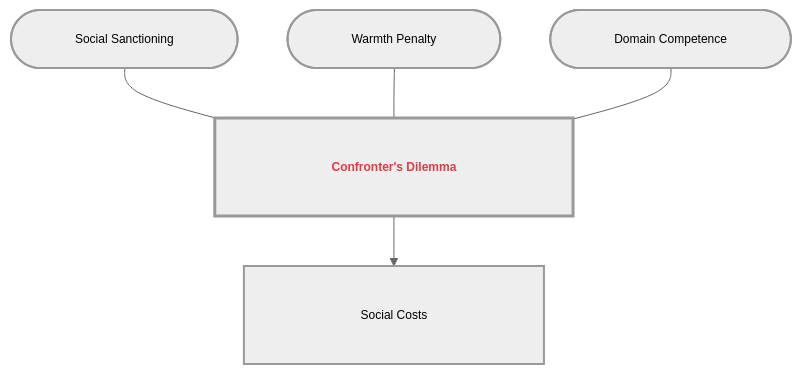
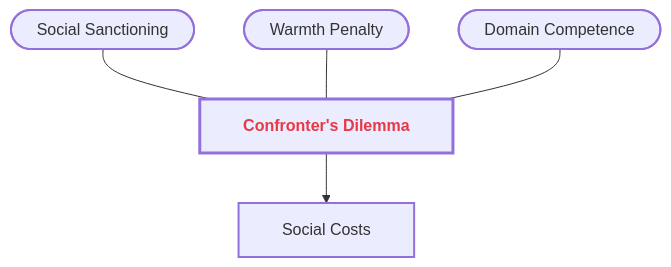
Before and after one commit to GM024/CourseSummaries: the fourth of 8 diagrams in Communication_Influence/Mastery_Guide_SOW_BS033.md, drawn with Mermaid. The commit also changed other lines of this file, not shown here.

Commit message:
GitHub Native Alignment: Synced font stack and typography for perfect clipping-free fit

````diff
--- a/Communication_Influence/Mastery_Guide_SOW_BS033.md
+++ b/Communication_Influence/Mastery_Guide_SOW_BS033.md
@@ -134,14 +138,14 @@
 ```mermaid
-%%{init: { 'flowchart': { 'padding': 40, 'useMaxWidth': false, 'htmlLabels': true }, 'theme': 'neutral', 'themeVariables': { 'fontSize': '12px' }}}%%
+%%{init: { 'flowchart': { 'padding': 20, 'nodeSpacing': 50, 'rankSpacing': 50, 'useMaxWidth': false }, 'theme': 'neutral', 'themeVariables': { 'fontSize': '14px', 'fontFamily': '-apple-system,BlinkMacSystemFont,"Segoe UI",Helvetica,Arial,sans-serif' }}}%%
 graph TD
     classDef sandbox stroke-width:2px;
     classDef hub stroke-width:3px,font-weight:bold;
 
-    Hub["&nbsp;&nbsp;&nbsp;&nbsp;&nbsp;&nbsp;&nbsp;&nbsp;&nbsp;&nbsp; <span style='color:#e63946'><b>Confronter's Dilemma</b></span> &nbsp;&nbsp;&nbsp;&nbsp;&nbsp;&nbsp;&nbsp;&nbsp;&nbsp;&nbsp;"]:::hub
+    Hub["&nbsp;&nbsp; <span style='color:#e63946'><b>Confronter's Dilemma</b></span> &nbsp;&nbsp;"]:::hub
     
-    S1(["&nbsp;&nbsp;&nbsp;&nbsp;&nbsp;&nbsp;&nbsp;&nbsp;&nbsp;&nbsp; Social Sanctioning &nbsp;&nbsp;&nbsp;&nbsp;&nbsp;&nbsp;&nbsp;&nbsp;&nbsp;&nbsp;"]):::sandbox --- Hub
-    S2(["&nbsp;&nbsp;&nbsp;&nbsp;&nbsp;&nbsp;&nbsp;&nbsp;&nbsp;&nbsp; Warmth Penalty &nbsp;&nbsp;&nbsp;&nbsp;&nbsp;&nbsp;&nbsp;&nbsp;&nbsp;&nbsp;"]):::sandbox --- Hub
-    S3(["&nbsp;&nbsp;&nbsp;&nbsp;&nbsp;&nbsp;&nbsp;&nbsp;&nbsp;&nbsp; Domain Competence &nbsp;&nbsp;&nbsp;&nbsp;&nbsp;&nbsp;&nbsp;&nbsp;&nbsp;&nbsp;"]):::sandbox --- Hub
+    S1(["&nbsp;&nbsp; Social Sanctioning &nbsp;&nbsp;"]):::sandbox --- Hub
+    S2(["&nbsp;&nbsp; Warmth Penalty &nbsp;&nbsp;"]):::sandbox --- Hub
+    S3(["&nbsp;&nbsp; Domain Competence &nbsp;&nbsp;"]):::sandbox --- Hub
     
-    Hub --> B1["&nbsp;&nbsp;&nbsp;&nbsp;&nbsp;&nbsp;&nbsp;&nbsp;&nbsp;&nbsp; Social Costs &nbsp;&nbsp;&nbsp;&nbsp;&nbsp;&nbsp;&nbsp;&nbsp;&nbsp;&nbsp;"]:::sandbox
+    Hub --> B1["&nbsp;&nbsp; Social Costs &nbsp;&nbsp;"]:::sandbox
 ```
````
